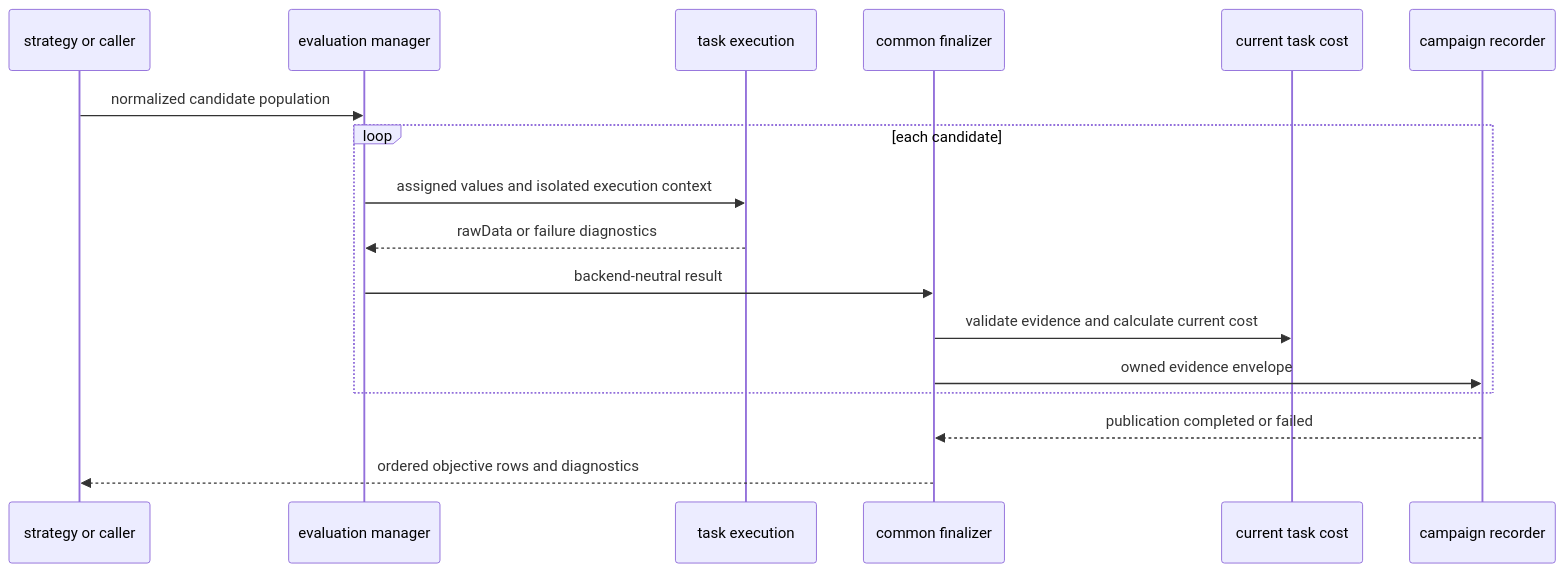
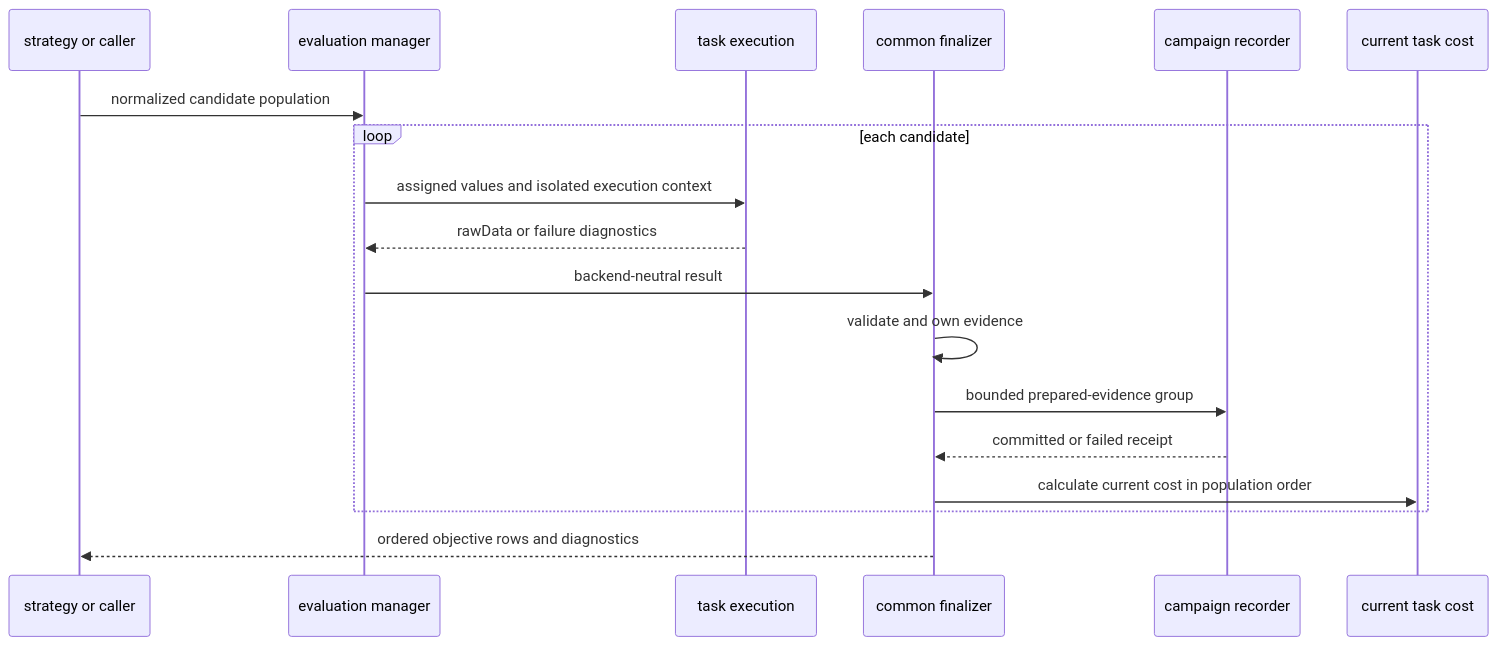
The diagram in dev_doc/architecture/4plus1_process_view.md (YS-Pan/yadof), drawn with Mermaid before and after one commit. The commit also changed other lines of this file and 31 other files, not shown here.

Commit message:
Preserve evidence before cost interpretation

````diff
--- a/dev_doc/architecture/4plus1_process_view.md
+++ b/dev_doc/architecture/4plus1_process_view.md
@@ -5,19 +5,20 @@
 ```mermaid
 sequenceDiagram
     participant O as strategy or caller
     participant E as evaluation manager
     participant T as task execution
     participant F as common finalizer
+    participant R as campaign recorder
     participant C as current task cost
-    participant R as campaign recorder
     O->>E: normalized candidate population
     loop each candidate
         E->>T: assigned values and isolated execution context
         T-->>E: rawData or failure diagnostics
         E->>F: backend-neutral result
-        F->>C: validate evidence and calculate current cost
-        F->>R: owned evidence envelope
+        F->>F: validate and own evidence
+        F->>R: bounded prepared-evidence group
+        R-->>F: committed or failed receipt
+        F->>C: calculate current cost in population order
     end
-    R-->>F: publication completed or failed
     F-->>O: ordered objective rows and diagnostics
 ```
````
